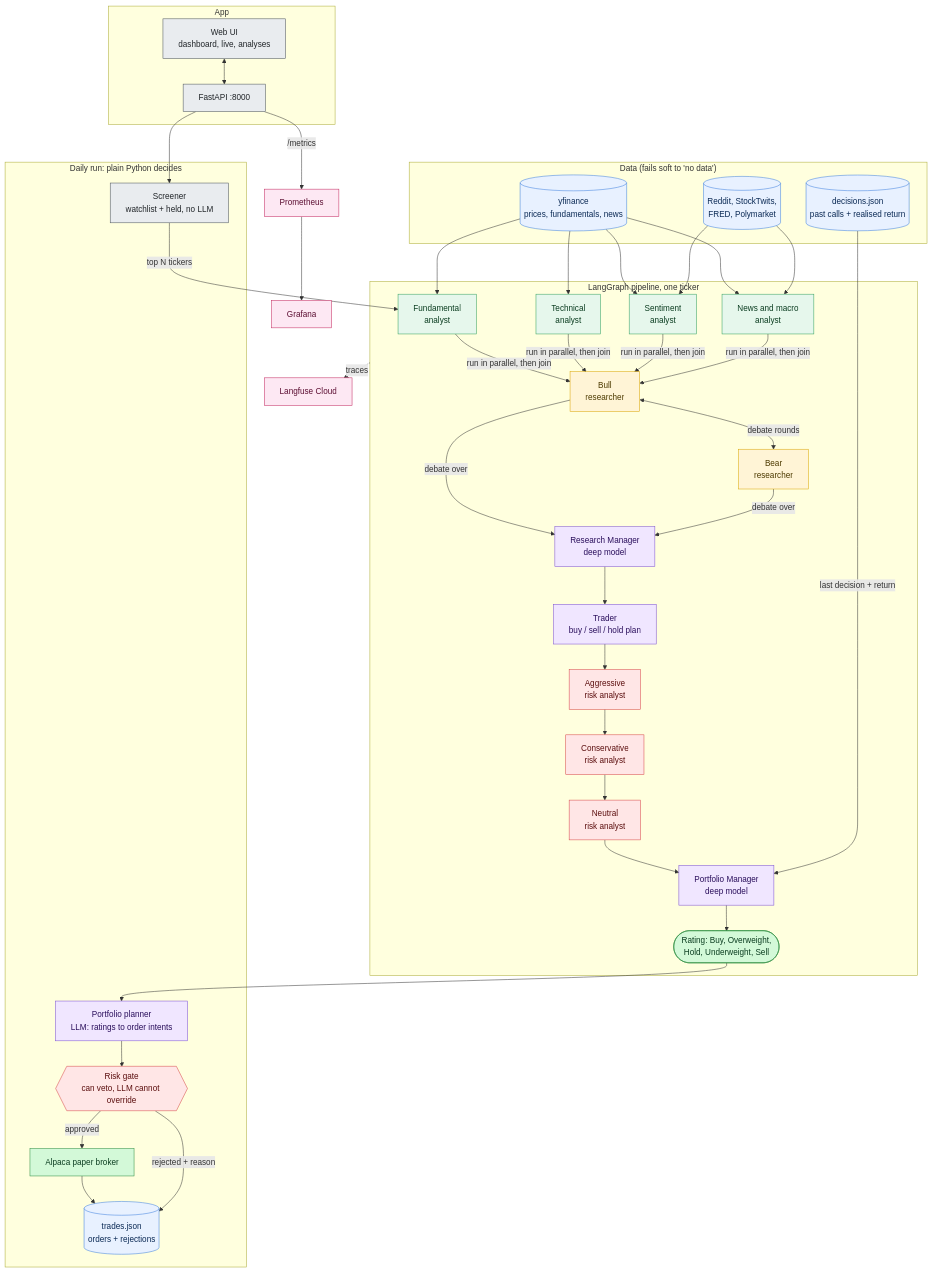
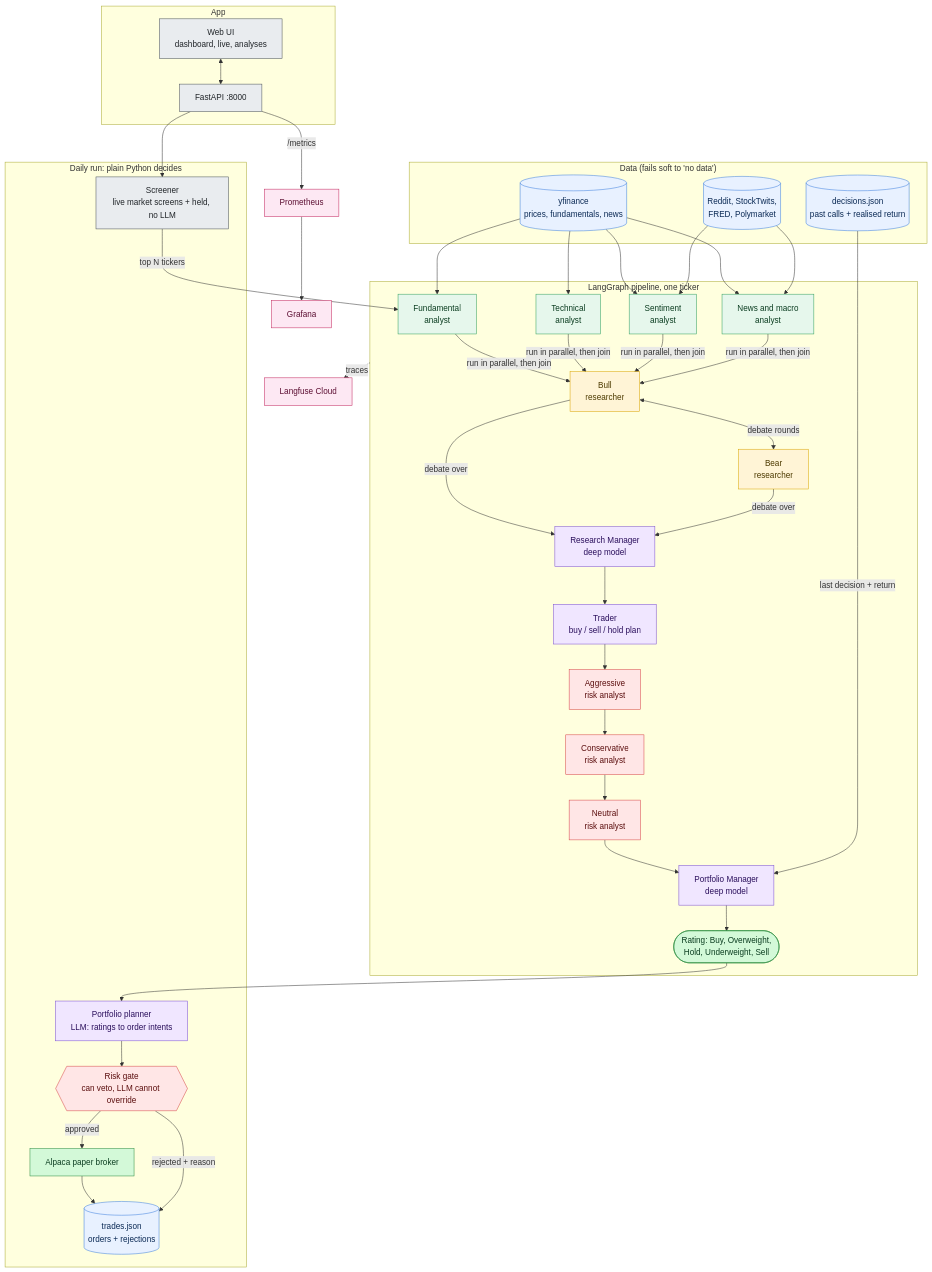
One commit to Samirkhairati/trading-agents changed the diagram in README.md. Above: the diagram before and after it, drawn with Mermaid. The commit also changed other lines of this file and 8 other files, not shown here.

Commit message:
Pick daily candidates from live Yahoo screens (most active, gainers, losers) instead of a fixed watchlist

````diff
--- a/README.md
+++ b/README.md
@@ -13,68 +13,68 @@
 ```mermaid
 flowchart TB
     classDef data fill:#e8f1ff,stroke:#3b7ddd,color:#0b2a55
     classDef analyst fill:#e6f7ec,stroke:#2e9e5b,color:#0b3d20
     classDef debate fill:#fff4d6,stroke:#d9a400,color:#4d3a00
     classDef manager fill:#f0e6ff,stroke:#7a4fd1,color:#2a0f5c
     classDef risk fill:#ffe6e6,stroke:#d64545,color:#5c0f0f
     classDef code fill:#e9ecef,stroke:#495057,color:#212529
     classDef out fill:#d3f9d8,stroke:#2b8a3e,color:#0b3d20
     classDef obs fill:#fde8f3,stroke:#c2255c,color:#5c0f33
 
     subgraph DATA["Data (fails soft to 'no data')"]
         YF[(yfinance<br/>prices, fundamentals, news)]:::data
         ALT[(Reddit, StockTwits,<br/>FRED, Polymarket)]:::data
         MEM[(decisions.json<br/>past calls + realised return)]:::data
     end
 
     subgraph PIPE["LangGraph pipeline, one ticker"]
         FA[Fundamental<br/>analyst]:::analyst
         TA[Technical<br/>analyst]:::analyst
         SA[Sentiment<br/>analyst]:::analyst
         NA[News and macro<br/>analyst]:::analyst
         BULL[Bull<br/>researcher]:::debate
         BEAR[Bear<br/>researcher]:::debate
         RM[Research Manager<br/>deep model]:::manager
         TR[Trader<br/>buy / sell / hold plan]:::manager
         AGG[Aggressive<br/>risk analyst]:::risk
         CON[Conservative<br/>risk analyst]:::risk
         NEU[Neutral<br/>risk analyst]:::risk
         PM[Portfolio Manager<br/>deep model]:::manager
         RATING([Rating: Buy, Overweight,<br/>Hold, Underweight, Sell]):::out
     end
 
     YF --> FA & TA & SA & NA
     ALT --> SA & NA
     FA & TA & SA & NA -->|run in parallel, then join| BULL
     BULL <-->|debate rounds| BEAR
     BULL -->|debate over| RM
     BEAR -->|debate over| RM
     RM --> TR
     TR --> AGG --> CON --> NEU
     NEU --> PM
     MEM -->|last decision + return| PM
     PM --> RATING
 
     subgraph DAILY["Daily run: plain Python decides"]
-        SCR[Screener<br/>watchlist + held, no LLM]:::code
+        SCR[Screener<br/>live market screens + held, no LLM]:::code
         PLAN[Portfolio planner<br/>LLM: ratings to order intents]:::manager
         GATE{{Risk gate<br/>can veto, LLM cannot override}}:::risk
         BRK[Alpaca paper broker]:::out
         LOG[(trades.json<br/>orders + rejections)]:::data
     end
 
     SCR -->|top N tickers| FA
     RATING --> PLAN --> GATE
     GATE -->|approved| BRK --> LOG
     GATE -->|rejected + reason| LOG
 
     subgraph APP["App"]
         UI[Web UI<br/>dashboard, live, analyses]:::code
         API[FastAPI :8000]:::code
     end
 
     UI <--> API
     API --> SCR
     API -->|/metrics| PROM[Prometheus]:::obs --> GRAF[Grafana]:::obs
     PIPE -.->|traces| LF[Langfuse Cloud]:::obs
 ```
````
